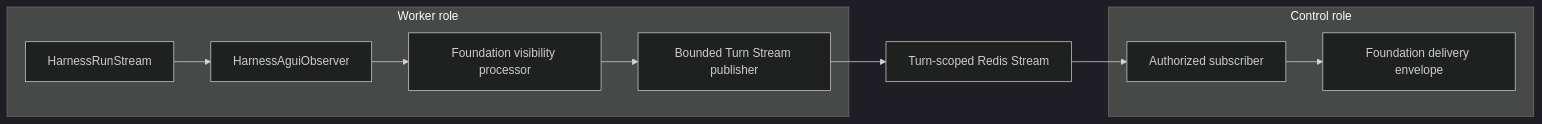
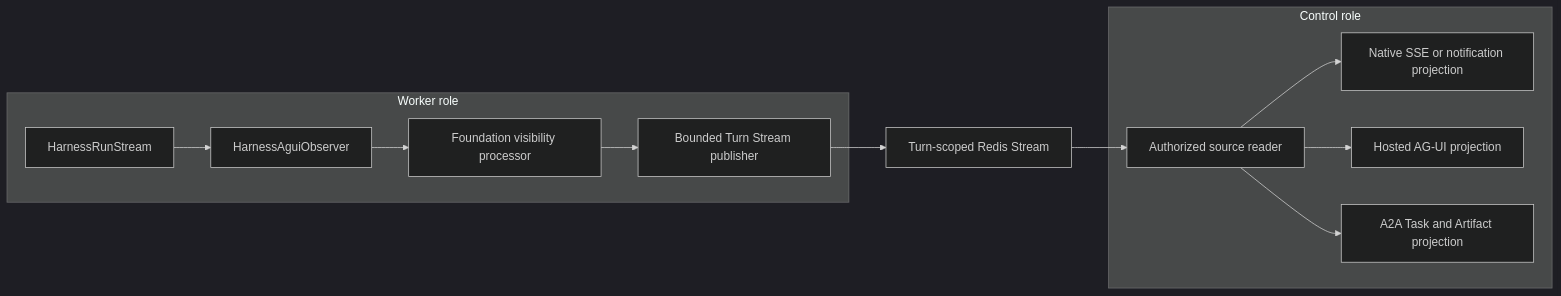
The diagram in spec/foundation-service/20-events-usage-and-delivery.md (LTThreeComma/agent-foundation), drawn with Mermaid (dark theme) before and after one commit. The commit also changed other lines of this file and 17 other files, not shown here.

````diff
--- a/spec/foundation-service/20-events-usage-and-delivery.md
+++ b/spec/foundation-service/20-events-usage-and-delivery.md
@@ -25,20 +26,22 @@
 ```mermaid
 flowchart LR
     subgraph Worker[Worker role]
         Harness[HarnessRunStream]
         Observer[HarnessAguiObserver]
         Processor[Foundation visibility processor]
         Publisher[Bounded Turn Stream publisher]
         Harness --> Observer --> Processor --> Publisher
     end
 
     Redis[Turn-scoped Redis Stream]
 
     subgraph Control[Control role]
-        Subscriber[Authorized subscriber]
-        Envelope[Foundation delivery envelope]
-        Subscriber --> Envelope
+        Subscriber[Authorized source reader]
+        Native[Native SSE or notification projection]
+        Agui[Hosted AG-UI projection]
+        A2A[A2A Task and Artifact projection]
+        Subscriber --> Native & Agui & A2A
     end
 
     Publisher --> Redis --> Subscriber
 ```
````
